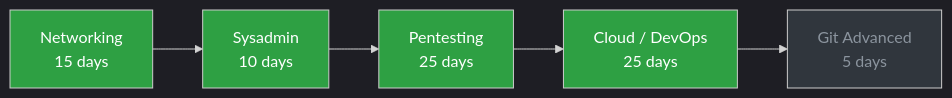
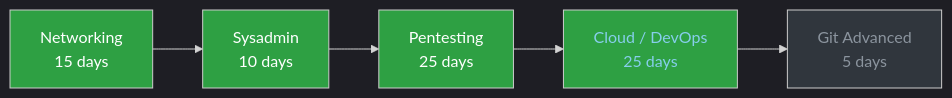
One commit to Jeetendra-sanatani/tools-journal changed the second of 2 diagrams in README.md. Above: the diagram before and after it, drawn with Mermaid.

````diff
--- a/README.md
+++ b/README.md
@@ -63,14 +63,14 @@
 ```mermaid
 %%{init: {'theme':'dark'}}%%
 flowchart LR
     A[Networking<br/>15 days] --> B[Sysadmin<br/>10 days]
     B --> C[Pentesting<br/>25 days]
     C --> D[Cloud / DevOps<br/>25 days]
     D --> E[Git Advanced<br/>5 days]
 
     style A fill:#2ea043,color:#fff
     style B fill:#2ea043,color:#fff
     style C fill:#2ea043,color:#fff
-    style D fill:#2ea043,color:#fff
+    style D fill:#2ea043,color:#87CEEB
     style E fill:#30363d,color:#8b949e
 ```
````
